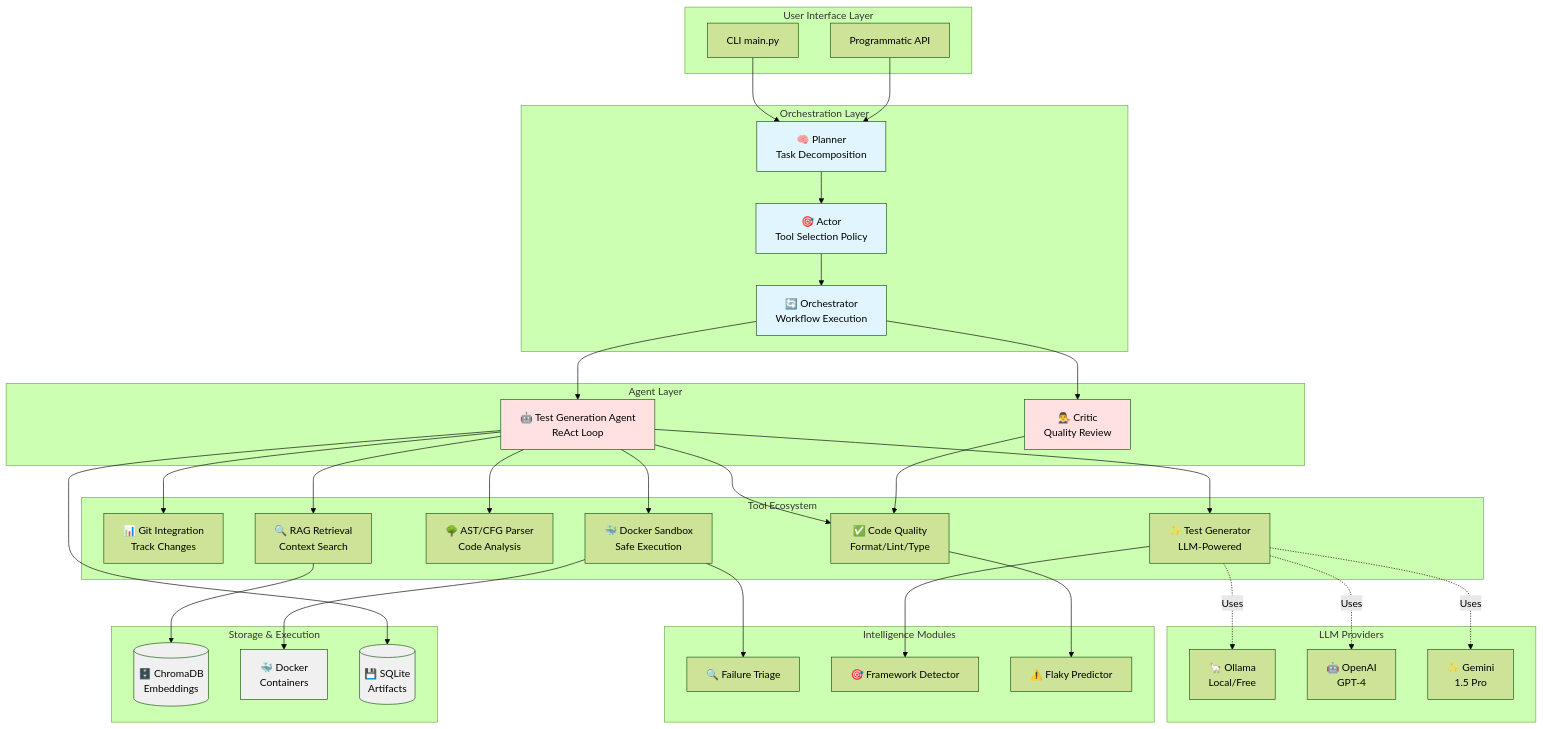
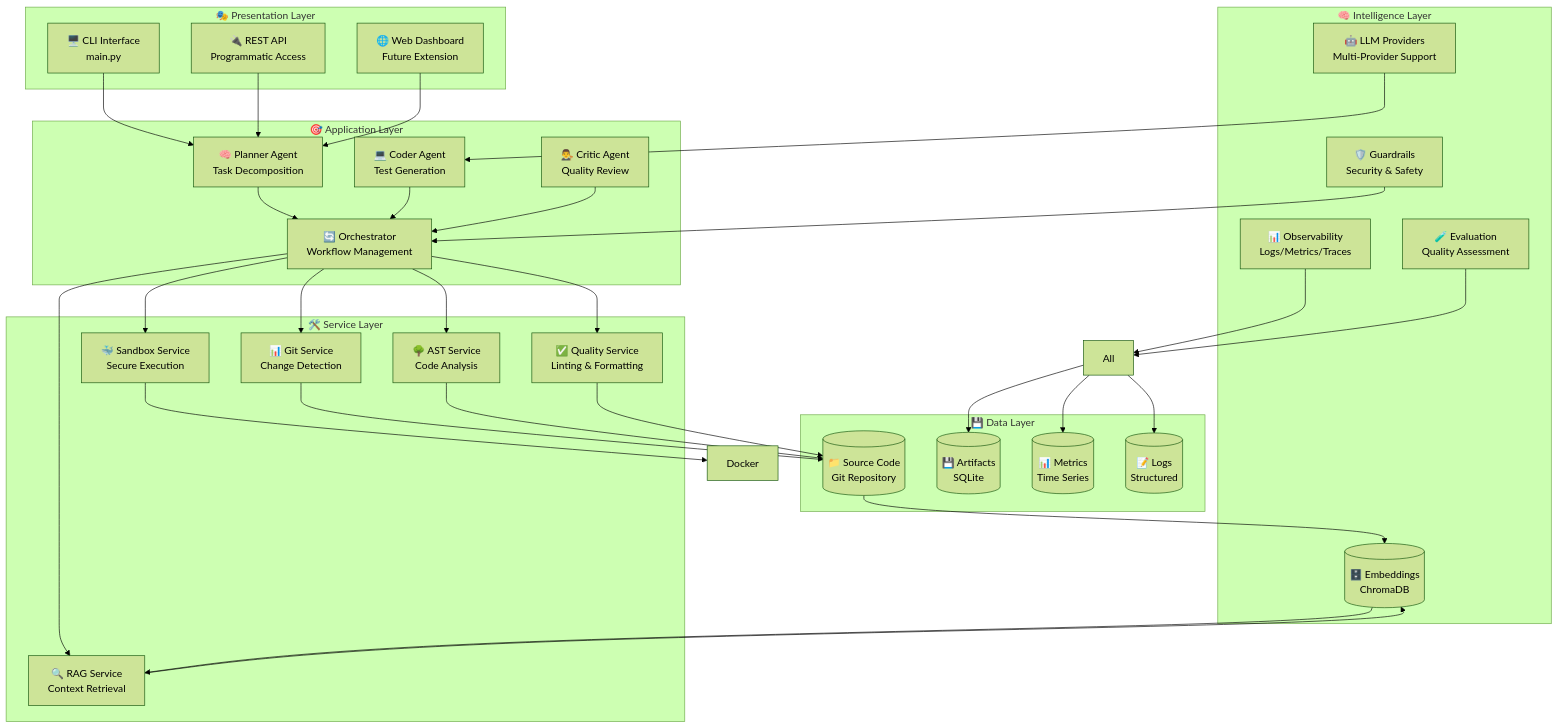
The second of 13 diagrams in ARCHITECTURE.md (narenallam/AgenticTestGenerator), drawn with Mermaid (forest theme) before and after one commit. The commit also changed other lines of this file and 11 other files, not shown here.

````diff
--- a/ARCHITECTURE.md
+++ b/ARCHITECTURE.md
@@ -33,84 +181,70 @@
 ```mermaid
 graph TB
-    subgraph "User Interface Layer"
-        CLI[CLI main.py]
-        API[Programmatic API]
+    subgraph "🎭 Presentation Layer"
+        CLI[🖥️ CLI Interface<br/>main.py]
+        API[🔌 REST API<br/>Programmatic Access]
+        WebUI[🌐 Web Dashboard<br/>Future Extension]
     end
-    
-    subgraph "Orchestration Layer"
-        Planner[🧠 Planner<br/>Task Decomposition]
-        Actor[🎯 Actor<br/>Tool Selection Policy]
-        Orchestrator[🔄 Orchestrator<br/>Workflow Execution]
-        
-        Planner --> Actor
-        Actor --> Orchestrator
+
+    subgraph "🎯 Application Layer"
+        Planner[🧠 Planner Agent<br/>Task Decomposition]
+        Coder[💻 Coder Agent<br/>Test Generation]
+        Critic[👨‍⚖️ Critic Agent<br/>Quality Review]
+        Orchestrator[🔄 Orchestrator<br/>Workflow Management]
     end
-    
-    subgraph "Agent Layer"
-        TestAgent[🤖 Test Generation Agent<br/>ReAct Loop]
-        Critic[👨‍⚖️ Critic<br/>Quality Review]
+
+    subgraph "🛠️ Service Layer"
+        GitService[📊 Git Service<br/>Change Detection]
+        RAGService[🔍 RAG Service<br/>Context Retrieval]
+        ASTService[🌳 AST Service<br/>Code Analysis]
+        QualityService[✅ Quality Service<br/>Linting & Formatting]
+        SandboxService[🐳 Sandbox Service<br/>Secure Execution]
     end
-    
-    subgraph "Tool Ecosystem"
-        GitTool[📊 Git Integration<br/>Track Changes]
-        RAGTool[🔍 RAG Retrieval<br/>Context Search]
-        ASTTool[🌳 AST/CFG Parser<br/>Code Analysis]
-        GenTool[✨ Test Generator<br/>LLM-Powered]
-        SandboxTool[🐳 Docker Sandbox<br/>Safe Execution]
-        QualityTool[✅ Code Quality<br/>Format/Lint/Type]
+
+    subgraph "🧠 Intelligence Layer"
+        LLMProviders[🤖 LLM Providers<br/>Multi-Provider Support]
+        Embeddings[🗄️ Vector Store<br/>ChromaDB]
+        Guardrails[🛡️ Guardrails<br/>Security & Safety]
+        Observability[📊 Observability<br/>Logs/Metrics/Traces]
+        Evaluation[🧪 Evaluation<br/>Quality Assessment]
     end
-    
-    subgraph "Intelligence Modules"
-        FailureClassifier[🔍 Failure Triage]
-        FrameworkDetector[🎯 Framework Detector]
-        FlakyPredictor[⚠️ Flaky Predictor]
+
+    subgraph "💾 Data Layer"
+        Codebase[(📁 Source Code<br/>Git Repository)]
+        Embeddings[(🗄️ Embeddings<br/>ChromaDB)]
+        Artifacts[(💾 Artifacts<br/>SQLite)]
+        Metrics[(📊 Metrics<br/>Time Series)]
+        Logs[(📝 Logs<br/>Structured)]
     end
-    
-    subgraph "Storage & Execution"
-        ChromaDB[(🗄️ ChromaDB<br/>Embeddings)]
-        Docker[🐳 Docker<br/>Containers]
-        SQLite[(💾 SQLite<br/>Artifacts)]
-    end
-    
-    subgraph "LLM Providers"
-        Ollama[🦙 Ollama<br/>Local/Free]
-        OpenAI[🤖 OpenAI<br/>GPT-4]
-        Gemini[✨ Gemini<br/>1.5 Pro]
-    end
-    
+
     CLI --> Planner
     API --> Planner
-    
-    Orchestrator --> TestAgent
-    Orchestrator --> Critic
-    
-    TestAgent --> GitTool
-    TestAgent --> RAGTool
-    TestAgent --> ASTTool
-    TestAgent --> GenTool
-    TestAgent --> SandboxTool
-    TestAgent --> QualityTool
-    
-    Critic --> QualityTool
-    
-    SandboxTool --> FailureClassifier
-    GenTool --> FrameworkDetector
-    QualityTool --> FlakyPredictor
-    
-    RAGTool --> ChromaDB
-    SandboxTool --> Docker
-    TestAgent --> SQLite
-    
-    GenTool -.->|Uses| Ollama
-    GenTool -.->|Uses| OpenAI
-    GenTool -.->|Uses| Gemini
-    
-    style Planner fill:#e1f5ff
-    style Actor fill:#e1f5ff
-    style Orchestrator fill:#e1f5ff
-    style TestAgent fill:#ffe1e1
-    style Critic fill:#ffe1e1
-    style ChromaDB fill:#f0f0f0
-    style Docker fill:#f0f0f0
-    style SQLite fill:#f0f0f0
+    WebUI --> Planner
+
+    Planner --> Orchestrator
+    Coder --> Orchestrator
+    Critic --> Orchestrator
+
+    Orchestrator --> GitService
+    Orchestrator --> RAGService
+    Orchestrator --> ASTService
+    Orchestrator --> QualityService
+    Orchestrator --> SandboxService
+
+    GitService --> Codebase
+    RAGService --> Embeddings
+    ASTService --> Codebase
+    QualityService --> Codebase
+    SandboxService --> Docker
+
+    LLMProviders --> Coder
+    Embeddings --> RAGService
+    Guardrails --> Orchestrator
+    Observability --> All
+    Evaluation --> All
+
+    Codebase --> Embeddings
+    All --> Artifacts
+    All --> Metrics
+    All --> Logs
 ```
````
